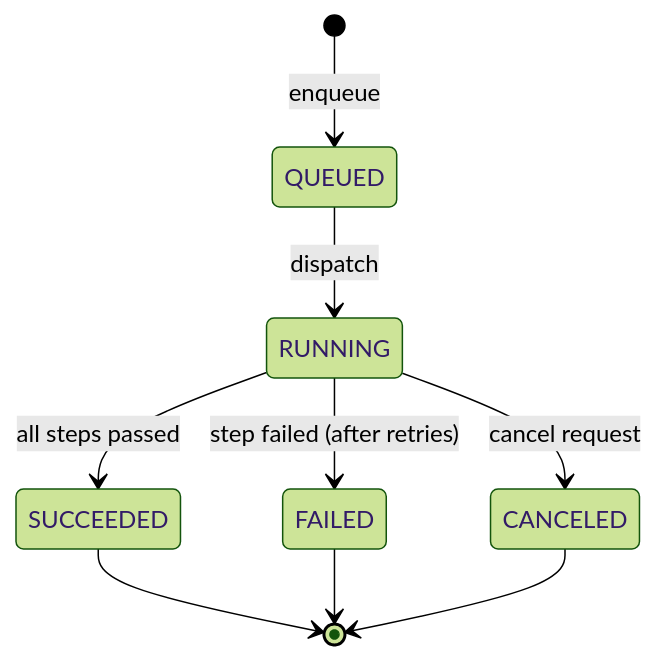
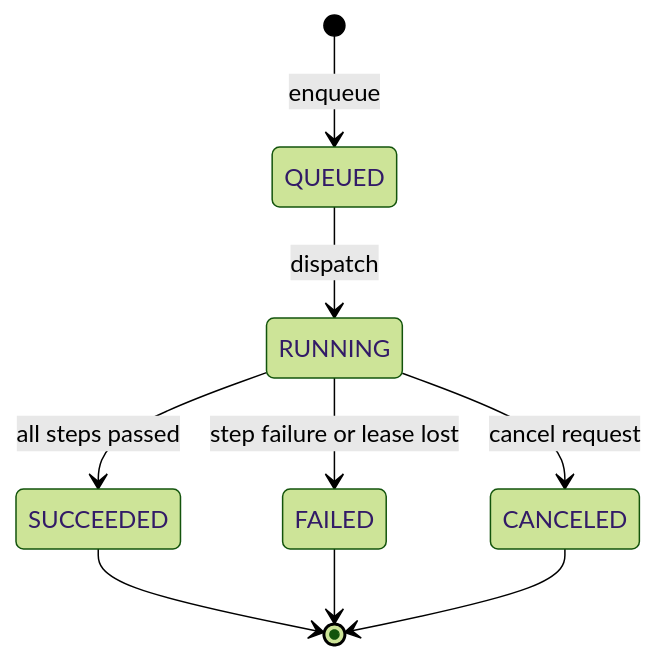
The fifth of 8 diagrams in docs/architecture/pipelines.md (endo-ly/ego-graph), drawn with Mermaid (forest theme) before and after one commit. The commit also changed other lines of this file and 6 other files, not shown here.

First line of the commit message:
fix: stop workflow execution after lease loss (#182)

````diff
--- a/docs/architecture/pipelines.md
+++ b/docs/architecture/pipelines.md
@@ -225,11 +240,11 @@
 ```mermaid
 stateDiagram-v2
     [*] --> QUEUED: enqueue
     QUEUED --> RUNNING: dispatch
     RUNNING --> SUCCEEDED: all steps passed
-    RUNNING --> FAILED: step failed (after retries)
+    RUNNING --> FAILED: step failure or lease lost
     RUNNING --> CANCELED: cancel request
     SUCCEEDED --> [*]
     FAILED --> [*]
     CANCELED --> [*]
 ```
````
